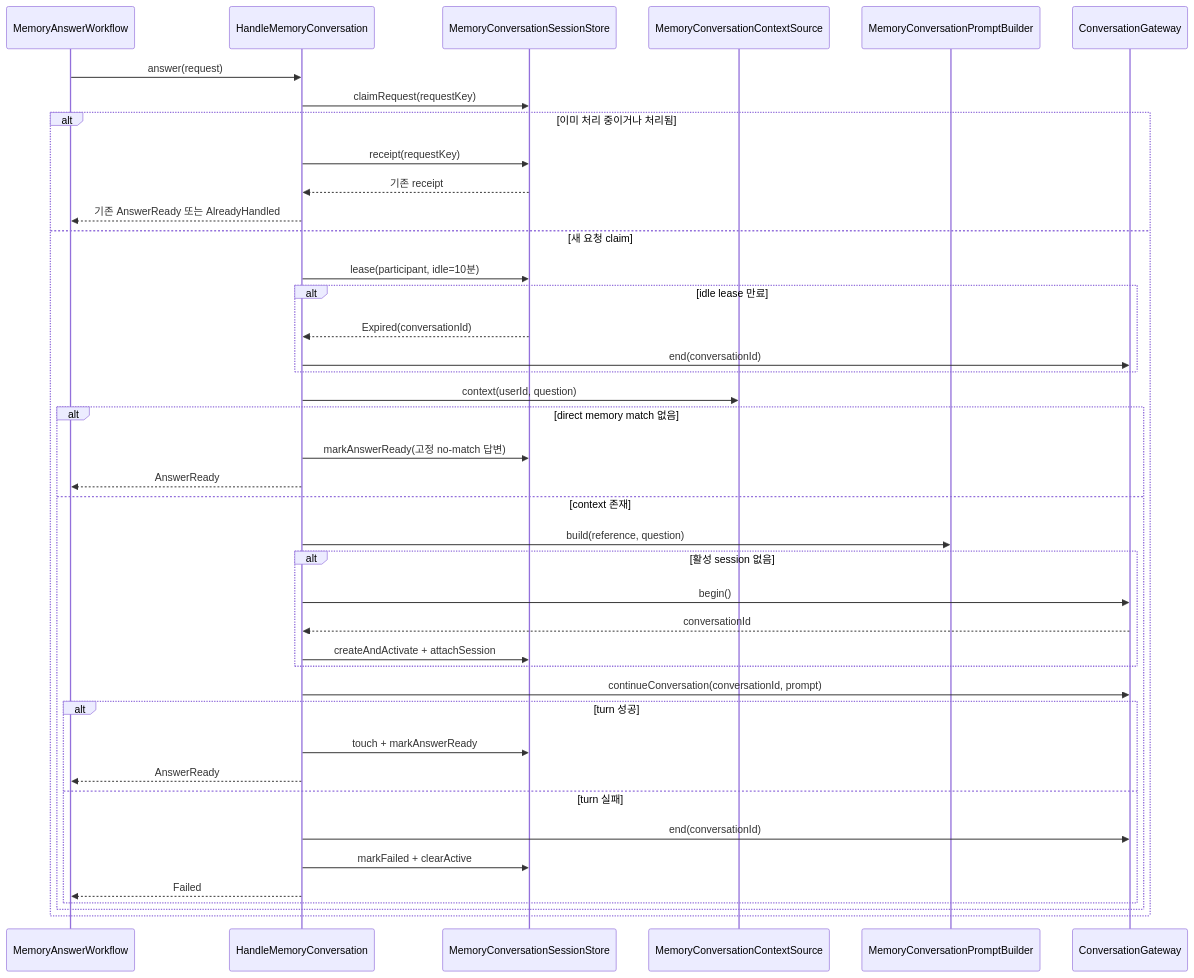
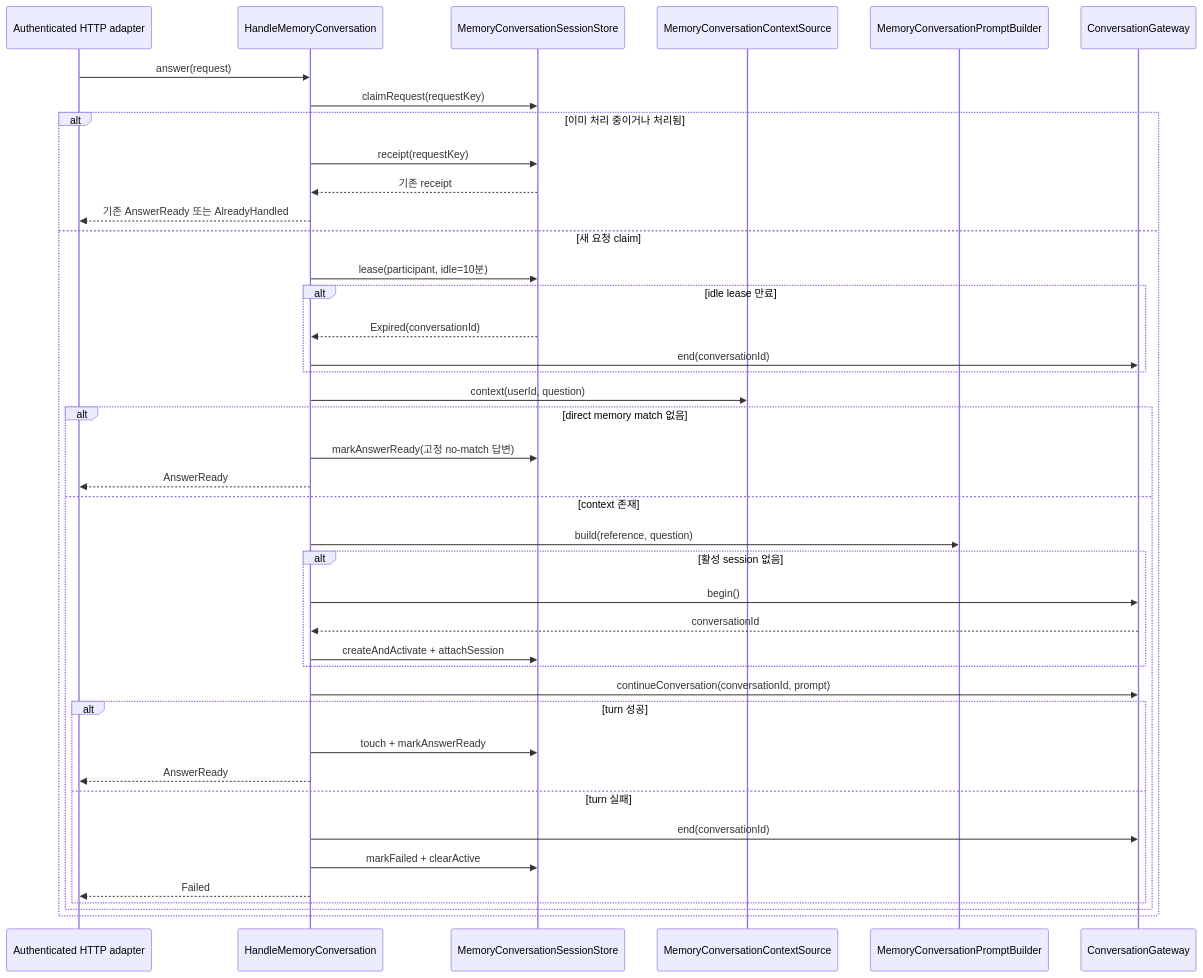
The first of 2 diagrams in application/src/main/kotlin/com/homeassistant/application/usecase/memory/conversation/README.md (magenta1223/home_assistant), drawn with Mermaid before and after one commit. The commit also changed other lines of this file and 63 other files, not shown here.

````diff
--- a/application/src/main/kotlin/com/homeassistant/application/usecase/memory/conversation/README.md
+++ b/application/src/main/kotlin/com/homeassistant/application/usecase/memory/conversation/README.md
@@ -8,44 +8,44 @@
 ```mermaid
 sequenceDiagram
-    participant Workflow as MemoryAnswerWorkflow
+    participant HTTP as Authenticated HTTP adapter
     participant Conversation as HandleMemoryConversation
     participant Sessions as MemoryConversationSessionStore
     participant Context as MemoryConversationContextSource
     participant Prompt as MemoryConversationPromptBuilder
     participant Gateway as ConversationGateway
 
-    Workflow->>Conversation: answer(request)
+    HTTP->>Conversation: answer(request)
     Conversation->>Sessions: claimRequest(requestKey)
     alt 이미 처리 중이거나 처리됨
         Conversation->>Sessions: receipt(requestKey)
         Sessions-->>Conversation: 기존 receipt
-        Conversation-->>Workflow: 기존 AnswerReady 또는 AlreadyHandled
+        Conversation-->>HTTP: 기존 AnswerReady 또는 AlreadyHandled
     else 새 요청 claim
         Conversation->>Sessions: lease(participant, idle=10분)
         alt idle lease 만료
             Sessions-->>Conversation: Expired(conversationId)
             Conversation->>Gateway: end(conversationId)
         end
         Conversation->>Context: context(userId, question)
         alt direct memory match 없음
             Conversation->>Sessions: markAnswerReady(고정 no-match 답변)
-            Conversation-->>Workflow: AnswerReady
+            Conversation-->>HTTP: AnswerReady
         else context 존재
             Conversation->>Prompt: build(reference, question)
             alt 활성 session 없음
                 Conversation->>Gateway: begin()
                 Gateway-->>Conversation: conversationId
                 Conversation->>Sessions: createAndActivate + attachSession
             end
             Conversation->>Gateway: continueConversation(conversationId, prompt)
             alt turn 성공
                 Conversation->>Sessions: touch + markAnswerReady
-                Conversation-->>Workflow: AnswerReady
+                Conversation-->>HTTP: AnswerReady
             else turn 실패
                 Conversation->>Gateway: end(conversationId)
                 Conversation->>Sessions: markFailed + clearActive
-                Conversation-->>Workflow: Failed
+                Conversation-->>HTTP: Failed
             end
         end
     end
 ```
````
